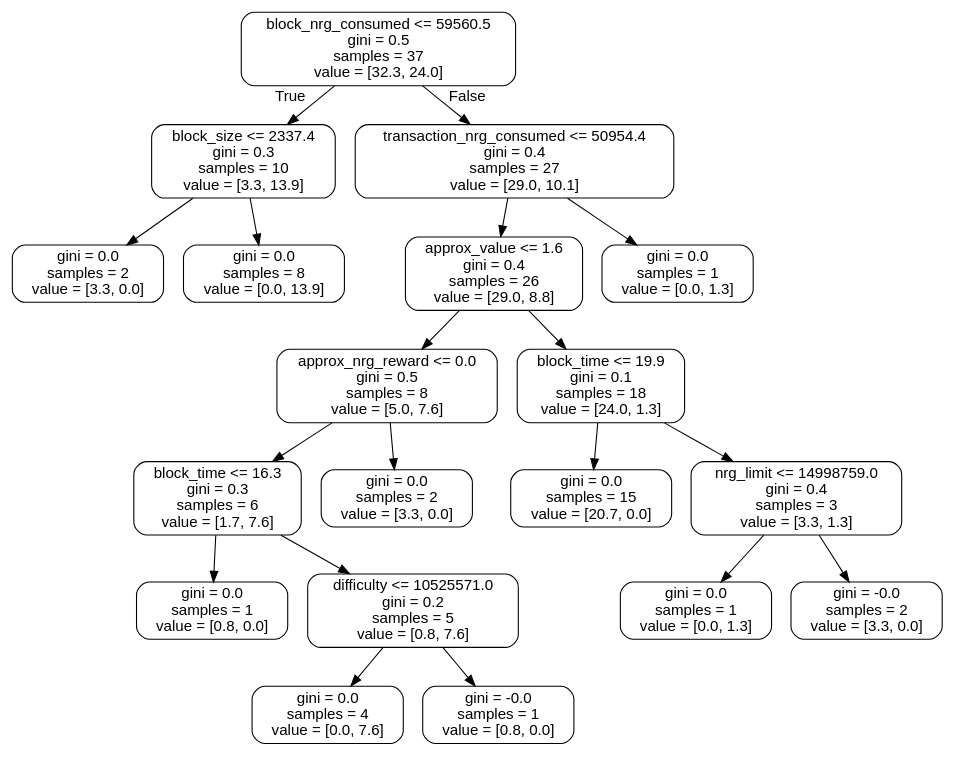
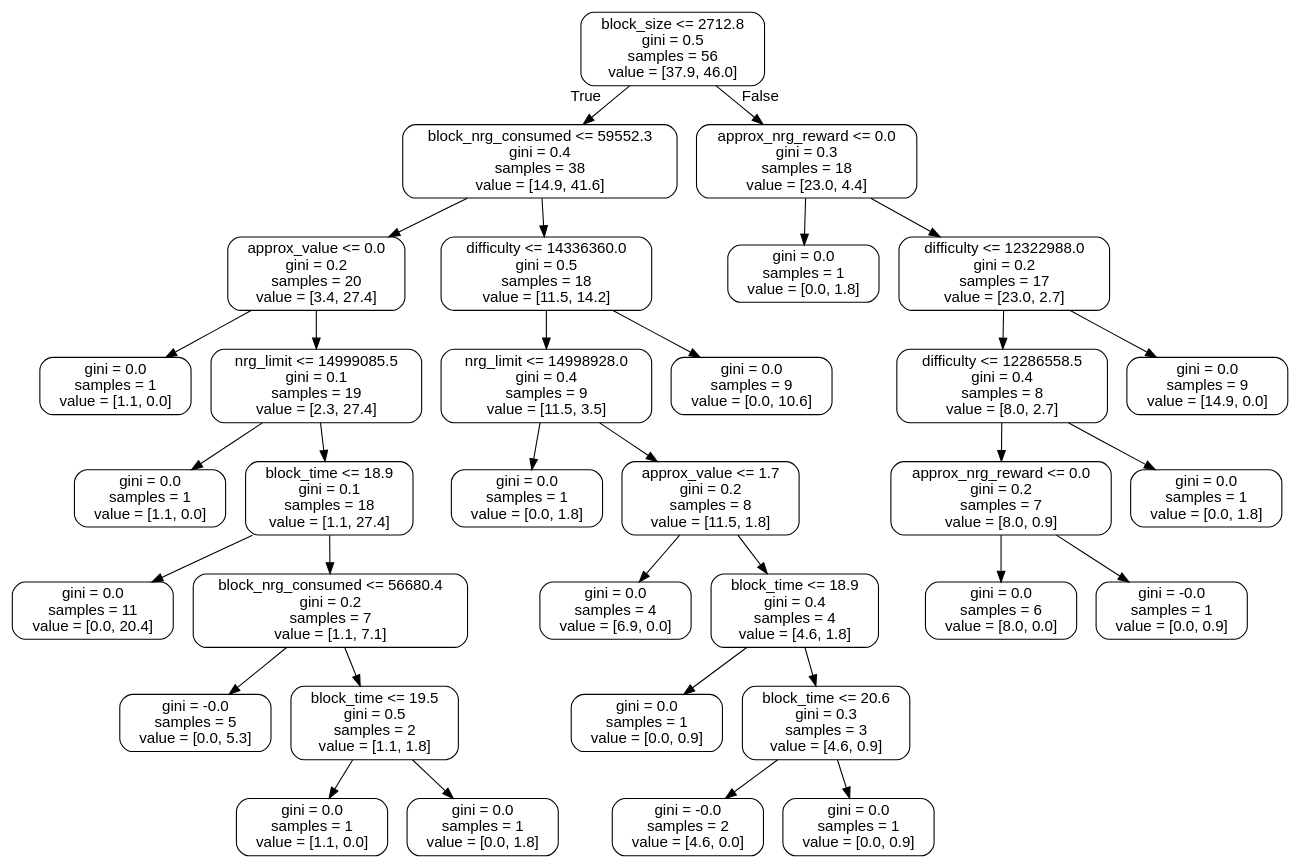
The diagram in small_tree.dot (andre-aion/aion_analytics), drawn with Graphviz before and after one commit. The commit also changed 31 other files, not shown here.

```diff
--- a/small_tree.dot
+++ b/small_tree.dot
@@ -1,41 +1,69 @@
 digraph Tree {
 node [shape=box, style="rounded", color="black", fontname=helvetica] ;
 edge [fontname=helvetica] ;
-0 [label="block_nrg_consumed <= 59560.5\ngini = 0.5\nsamples = 37\nvalue = [32.3, 24.0]"] ;
-1 [label="block_size <= 2337.4\ngini = 0.3\nsamples = 10\nvalue = [3.3, 13.9]"] ;
+0 [label="block_size <= 2712.8\ngini = 0.5\nsamples = 56\nvalue = [37.9, 46.0]"] ;
+1 [label="block_nrg_consumed <= 59552.3\ngini = 0.4\nsamples = 38\nvalue = [14.9, 41.6]"] ;
 0 -> 1 [labeldistance=2.5, labelangle=45, headlabel="True"] ;
-2 [label="gini = 0.0\nsamples = 2\nvalue = [3.3, 0.0]"] ;
+2 [label="approx_value <= 0.0\ngini = 0.2\nsamples = 20\nvalue = [3.4, 27.4]"] ;
 1 -> 2 ;
-3 [label="gini = 0.0\nsamples = 8\nvalue = [0.0, 13.9]"] ;
-1 -> 3 ;
-4 [label="transaction_nrg_consumed <= 50954.4\ngini = 0.4\nsamples = 27\nvalue = [29.0, 10.1]"] ;
-0 -> 4 [labeldistance=2.5, labelangle=-45, headlabel="False"] ;
-5 [label="approx_value <= 1.6\ngini = 0.4\nsamples = 26\nvalue = [29.0, 8.8]"] ;
+3 [label="gini = 0.0\nsamples = 1\nvalue = [1.1, 0.0]"] ;
+2 -> 3 ;
+4 [label="nrg_limit <= 14999085.5\ngini = 0.1\nsamples = 19\nvalue = [2.3, 27.4]"] ;
+2 -> 4 ;
+5 [label="gini = 0.0\nsamples = 1\nvalue = [1.1, 0.0]"] ;
 4 -> 5 ;
-6 [label="approx_nrg_reward <= 0.0\ngini = 0.5\nsamples = 8\nvalue = [5.0, 7.6]"] ;
-5 -> 6 ;
-7 [label="block_time <= 16.3\ngini = 0.3\nsamples = 6\nvalue = [1.7, 7.6]"] ;
+6 [label="block_time <= 18.9\ngini = 0.1\nsamples = 18\nvalue = [1.1, 27.4]"] ;
+4 -> 6 ;
+7 [label="gini = 0.0\nsamples = 11\nvalue = [0.0, 20.4]"] ;
 6 -> 7 ;
-8 [label="gini = 0.0\nsamples = 1\nvalue = [0.8, 0.0]"] ;
-7 -> 8 ;
-9 [label="difficulty <= 10525571.0\ngini = 0.2\nsamples = 5\nvalue = [0.8, 7.6]"] ;
-7 -> 9 ;
-10 [label="gini = 0.0\nsamples = 4\nvalue = [0.0, 7.6]"] ;
-9 -> 10 ;
-11 [label="gini = -0.0\nsamples = 1\nvalue = [0.8, 0.0]"] ;
-9 -> 11 ;
-12 [label="gini = 0.0\nsamples = 2\nvalue = [3.3, 0.0]"] ;
-6 -> 12 ;
-13 [label="block_time <= 19.9\ngini = 0.1\nsamples = 18\nvalue = [24.0, 1.3]"] ;
-5 -> 13 ;
-14 [label="gini = 0.0\nsamples = 15\nvalue = [20.7, 0.0]"] ;
+8 [label="block_nrg_consumed <= 56680.4\ngini = 0.2\nsamples = 7\nvalue = [1.1, 7.1]"] ;
+6 -> 8 ;
+9 [label="gini = -0.0\nsamples = 5\nvalue = [0.0, 5.3]"] ;
+8 -> 9 ;
+10 [label="block_time <= 19.5\ngini = 0.5\nsamples = 2\nvalue = [1.1, 1.8]"] ;
+8 -> 10 ;
+11 [label="gini = 0.0\nsamples = 1\nvalue = [1.1, 0.0]"] ;
+10 -> 11 ;
+12 [label="gini = 0.0\nsamples = 1\nvalue = [0.0, 1.8]"] ;
+10 -> 12 ;
+13 [label="difficulty <= 14336360.0\ngini = 0.5\nsamples = 18\nvalue = [11.5, 14.2]"] ;
+1 -> 13 ;
+14 [label="nrg_limit <= 14998928.0\ngini = 0.4\nsamples = 9\nvalue = [11.5, 3.5]"] ;
 13 -> 14 ;
-15 [label="nrg_limit <= 14998759.0\ngini = 0.4\nsamples = 3\nvalue = [3.3, 1.3]"] ;
-13 -> 15 ;
-16 [label="gini = 0.0\nsamples = 1\nvalue = [0.0, 1.3]"] ;
-15 -> 16 ;
-17 [label="gini = -0.0\nsamples = 2\nvalue = [3.3, 0.0]"] ;
-15 -> 17 ;
-18 [label="gini = 0.0\nsamples = 1\nvalue = [0.0, 1.3]"] ;
-4 -> 18 ;
+15 [label="gini = 0.0\nsamples = 1\nvalue = [0.0, 1.8]"] ;
+14 -> 15 ;
+16 [label="approx_value <= 1.7\ngini = 0.2\nsamples = 8\nvalue = [11.5, 1.8]"] ;
+14 -> 16 ;
+17 [label="gini = 0.0\nsamples = 4\nvalue = [6.9, 0.0]"] ;
+16 -> 17 ;
+18 [label="block_time <= 18.9\ngini = 0.4\nsamples = 4\nvalue = [4.6, 1.8]"] ;
+16 -> 18 ;
+19 [label="gini = 0.0\nsamples = 1\nvalue = [0.0, 0.9]"] ;
+18 -> 19 ;
+20 [label="block_time <= 20.6\ngini = 0.3\nsamples = 3\nvalue = [4.6, 0.9]"] ;
+18 -> 20 ;
+21 [label="gini = -0.0\nsamples = 2\nvalue = [4.6, 0.0]"] ;
+20 -> 21 ;
+22 [label="gini = 0.0\nsamples = 1\nvalue = [0.0, 0.9]"] ;
+20 -> 22 ;
+23 [label="gini = 0.0\nsamples = 9\nvalue = [0.0, 10.6]"] ;
+13 -> 23 ;
+24 [label="approx_nrg_reward <= 0.0\ngini = 0.3\nsamples = 18\nvalue = [23.0, 4.4]"] ;
+0 -> 24 [labeldistance=2.5, labelangle=-45, headlabel="False"] ;
+25 [label="gini = 0.0\nsamples = 1\nvalue = [0.0, 1.8]"] ;
+24 -> 25 ;
+26 [label="difficulty <= 12322988.0\ngini = 0.2\nsamples = 17\nvalue = [23.0, 2.7]"] ;
+24 -> 26 ;
+27 [label="difficulty <= 12286558.5\ngini = 0.4\nsamples = 8\nvalue = [8.0, 2.7]"] ;
+26 -> 27 ;
+28 [label="approx_nrg_reward <= 0.0\ngini = 0.2\nsamples = 7\nvalue = [8.0, 0.9]"] ;
+27 -> 28 ;
+29 [label="gini = 0.0\nsamples = 6\nvalue = [8.0, 0.0]"] ;
+28 -> 29 ;
+30 [label="gini = -0.0\nsamples = 1\nvalue = [0.0, 0.9]"] ;
+28 -> 30 ;
+31 [label="gini = 0.0\nsamples = 1\nvalue = [0.0, 1.8]"] ;
+27 -> 31 ;
+32 [label="gini = 0.0\nsamples = 9\nvalue = [14.9, 0.0]"] ;
+26 -> 32 ;
 }
```
